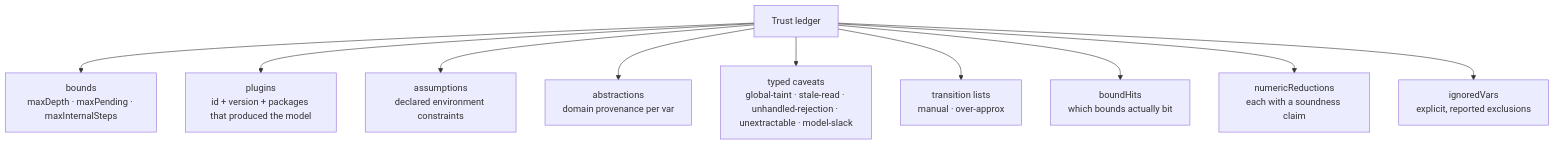
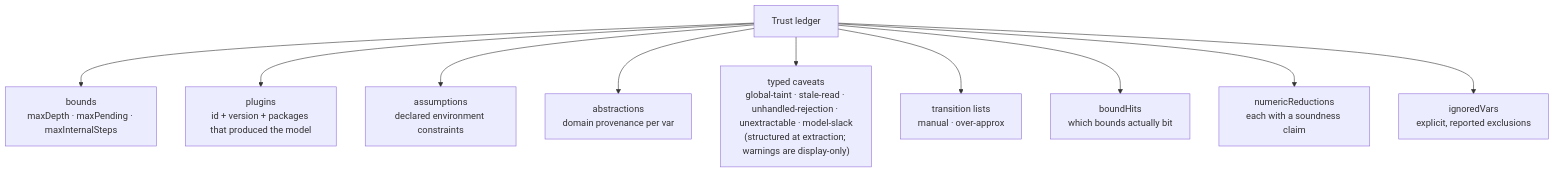
The diagram in docs/soundness/trust-ledger.md (Harineko0/modality-ts), drawn with Mermaid before and after one commit. The commit also changed other lines of this file and 8 other files, not shown here.

````diff
--- a/docs/soundness/trust-ledger.md
+++ b/docs/soundness/trust-ledger.md
@@ -15,12 +15,12 @@
 ```mermaid
 flowchart TD
   ledger["Trust ledger"] --> bounds["bounds<br/>maxDepth · maxPending · maxInternalSteps"]
   ledger --> plugins["plugins<br/>id + version + packages that produced the model"]
   ledger --> assum["assumptions<br/>declared environment constraints"]
   ledger --> abstr["abstractions<br/>domain provenance per var"]
-  ledger --> caveats["typed caveats<br/>global-taint · stale-read · unhandled-rejection · unextractable · model-slack"]
+  ledger --> caveats["typed caveats<br/>global-taint · stale-read · unhandled-rejection · unextractable · model-slack<br/>(structured at extraction; warnings are display-only)"]
   ledger --> txns["transition lists<br/>manual · over-approx"]
   ledger --> hits["boundHits<br/>which bounds actually bit"]
   ledger --> num["numericReductions<br/>each with a soundness claim"]
   ledger --> ignored["ignoredVars<br/>explicit, reported exclusions"]
 ```
````
